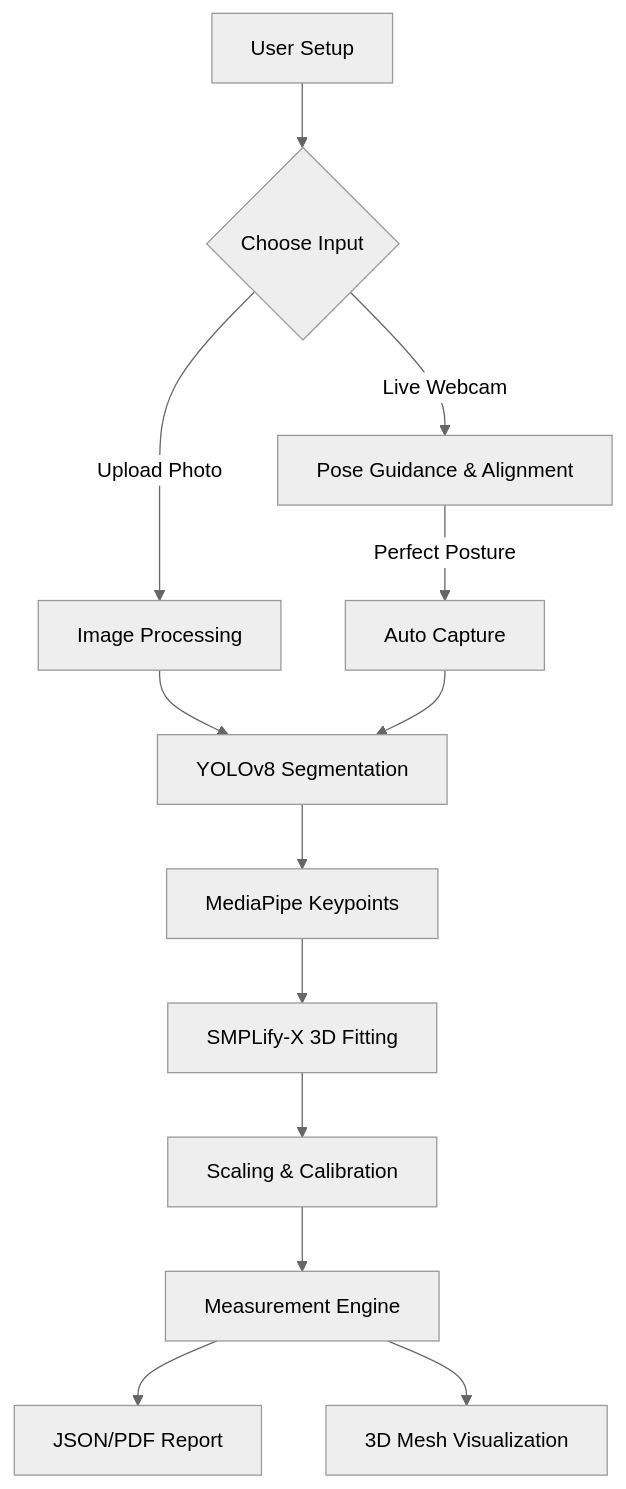
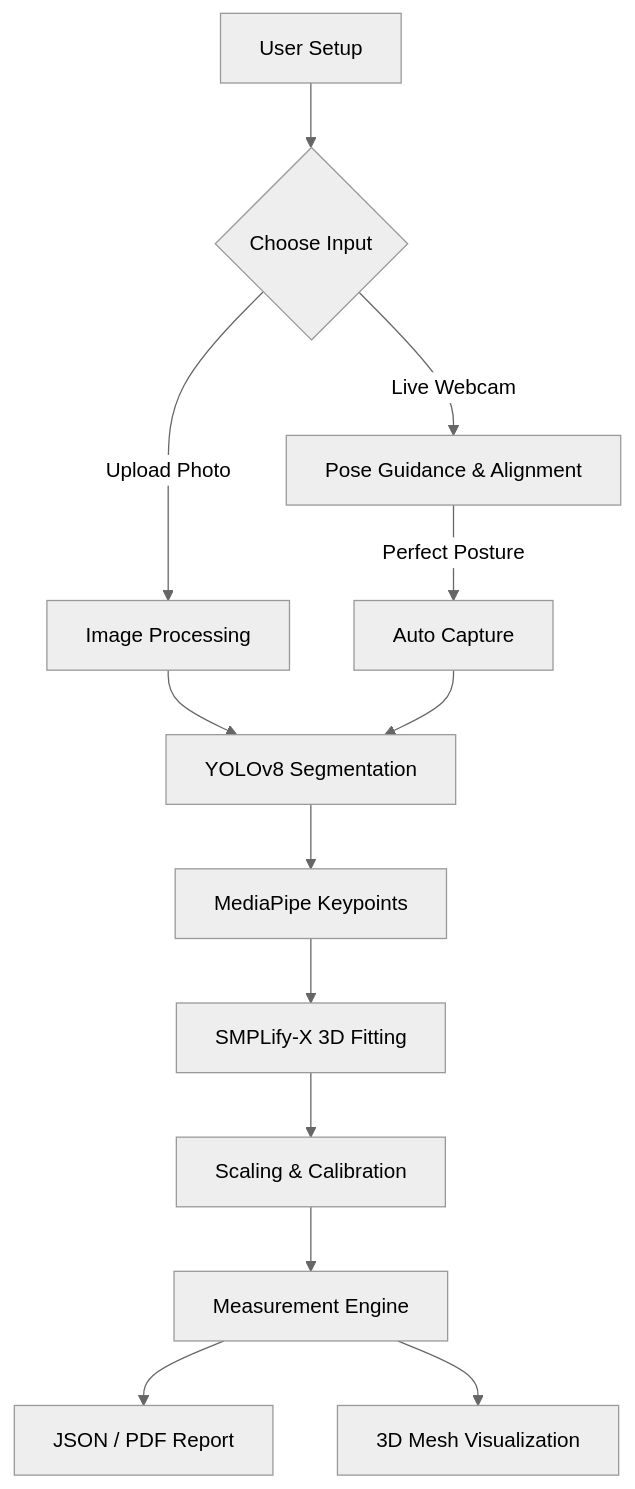
Before and after one commit to sinchanas4u-a11y/Fit-Lens: the diagram in FitLens-dev2/README.md, drawn with Mermaid (neutral theme). The commit also changed other lines of this file and 7 other files, not shown here.

````diff
--- a/FitLens-dev2/README.md
+++ b/FitLens-dev2/README.md
@@ -57,18 +91,18 @@
 ```mermaid
 graph TD
     A[User Setup] --> B{Choose Input}
     B -->|Live Webcam| C[Pose Guidance & Alignment]
     B -->|Upload Photo| D[Image Processing]
     
     C -->|Perfect Posture| E[Auto Capture]
     D --> F[YOLOv8 Segmentation]
     E --> F
     
     F --> G[MediaPipe Keypoints]
     G --> H[SMPLify-X 3D Fitting]
     
     H --> I[Scaling & Calibration]
     I --> J[Measurement Engine]
-    J --> K[JSON/PDF Report]
+    J --> K[JSON / PDF Report]
     J --> L[3D Mesh Visualization]
 ```
````
